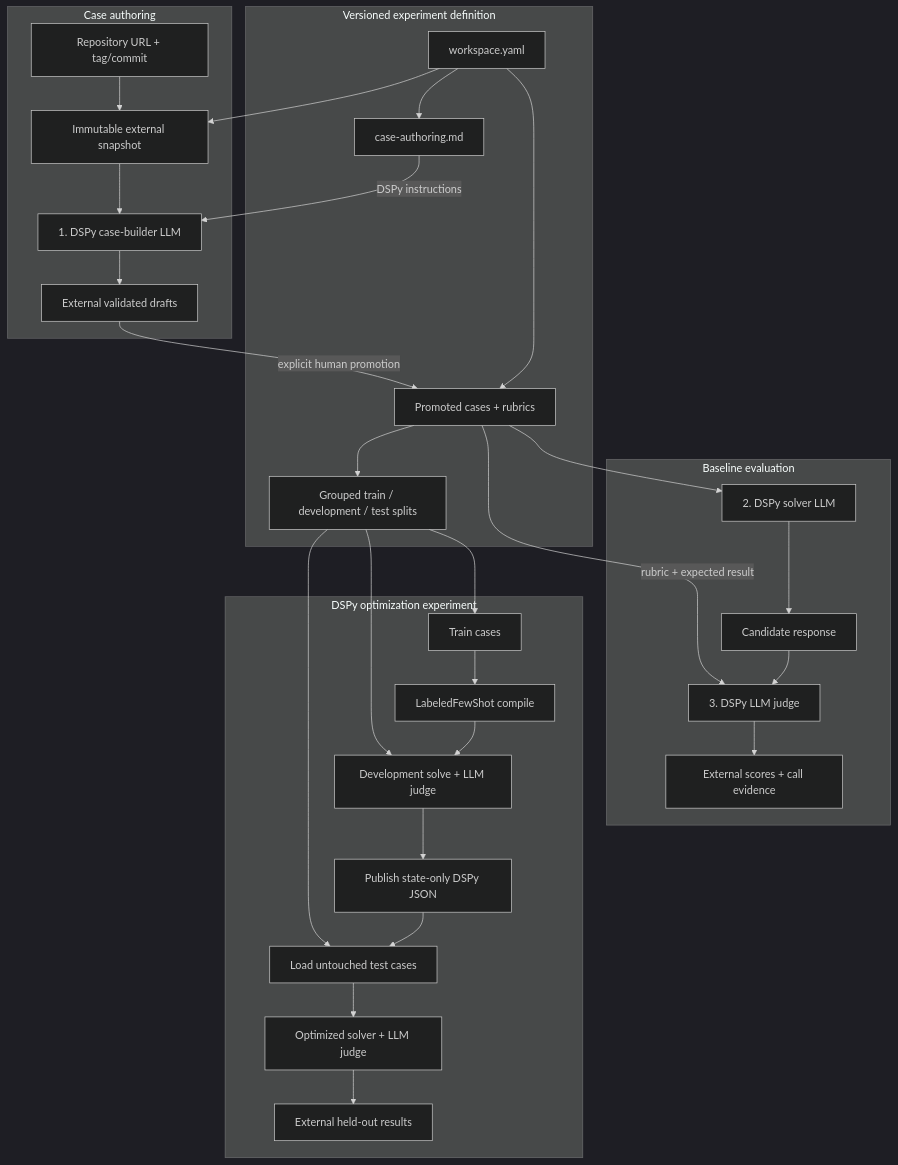
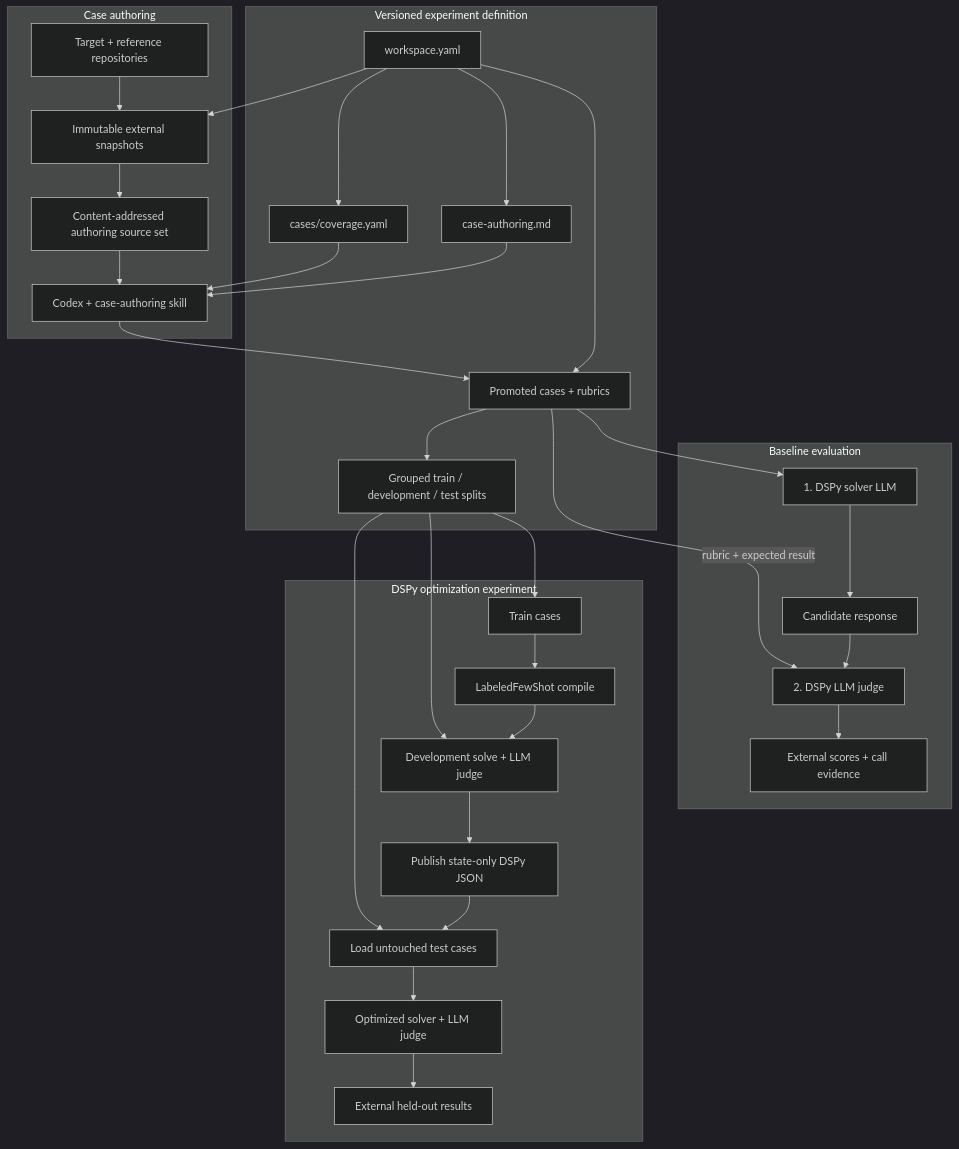
The diagram in README.md (mainsequence-sdk/repo-agent-eval), drawn with Mermaid (dark theme) before and after one commit. The commit also changed other lines of this file and 134 other files, not shown here.

Commit message:
refactor evaluation workflow and enforce capability coverage

````diff
--- a/README.md
+++ b/README.md
@@ -34,41 +35,44 @@
 ```mermaid
 flowchart TB
     subgraph Definition["Versioned experiment definition"]
         Workspace["workspace.yaml"]
         AuthoringPolicy["case-authoring.md"]
+        CapabilityCatalog["cases/coverage.yaml"]
         Cases["Promoted cases + rubrics"]
         Splits["Grouped train / development / test splits"]
         Workspace --> AuthoringPolicy
+        Workspace --> CapabilityCatalog
         Workspace --> Cases
         Cases --> Splits
     end
 
     subgraph Authoring["Case authoring"]
-        Repo["Repository URL + tag/commit"] --> Snapshot["Immutable external snapshot"]
+        Repo["Target + reference repositories"] --> Snapshot["Immutable external snapshots"]
         Workspace --> Snapshot
-        Snapshot --> Builder["1. DSPy case-builder LLM"]
-        AuthoringPolicy -->|"DSPy instructions"| Builder
-        Builder --> Drafts["External validated drafts"]
-        Drafts -->|"explicit human promotion"| Cases
+        Snapshot --> SourceSet["Content-addressed authoring source set"]
+        SourceSet --> Author["Codex + case-authoring skill"]
+        AuthoringPolicy --> Author
+        CapabilityCatalog --> Author
+        Author --> Cases
     end
 
     subgraph Baseline["Baseline evaluation"]
-        Cases --> Solver["2. DSPy solver LLM"]
+        Cases --> Solver["1. DSPy solver LLM"]
         Solver --> Candidate["Candidate response"]
-        Candidate --> Judge["3. DSPy LLM judge"]
+        Candidate --> Judge["2. DSPy LLM judge"]
         Cases -->|"rubric + expected result"| Judge
         Judge --> BaselineResults["External scores + call evidence"]
     end
 
     subgraph Optimization["DSPy optimization experiment"]
         Splits --> Train["Train cases"]
         Train --> Compile["LabeledFewShot compile"]
         Compile --> Development["Development solve + LLM judge"]
         Splits --> Development
         Development --> Published["Publish state-only DSPy JSON"]
         Published --> Test["Load untouched test cases"]
         Splits --> Test
         Test --> Final["Optimized solver + LLM judge"]
         Final --> OptimizedResults["External held-out results"]
     end
 ```
````
